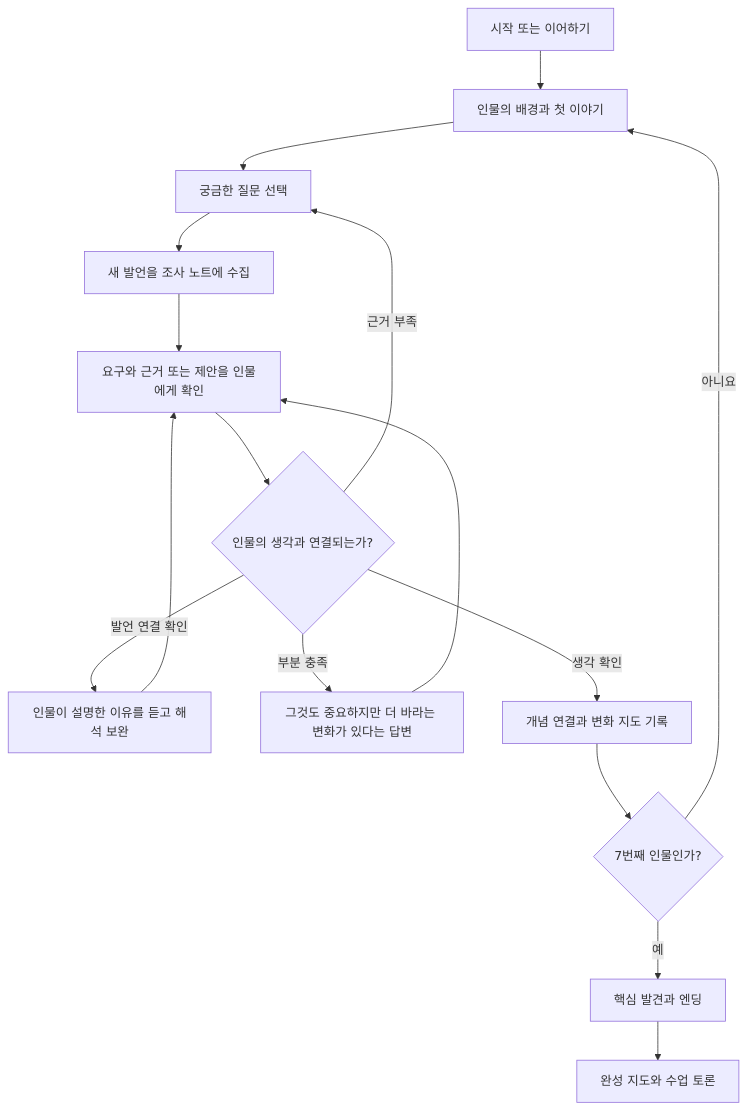
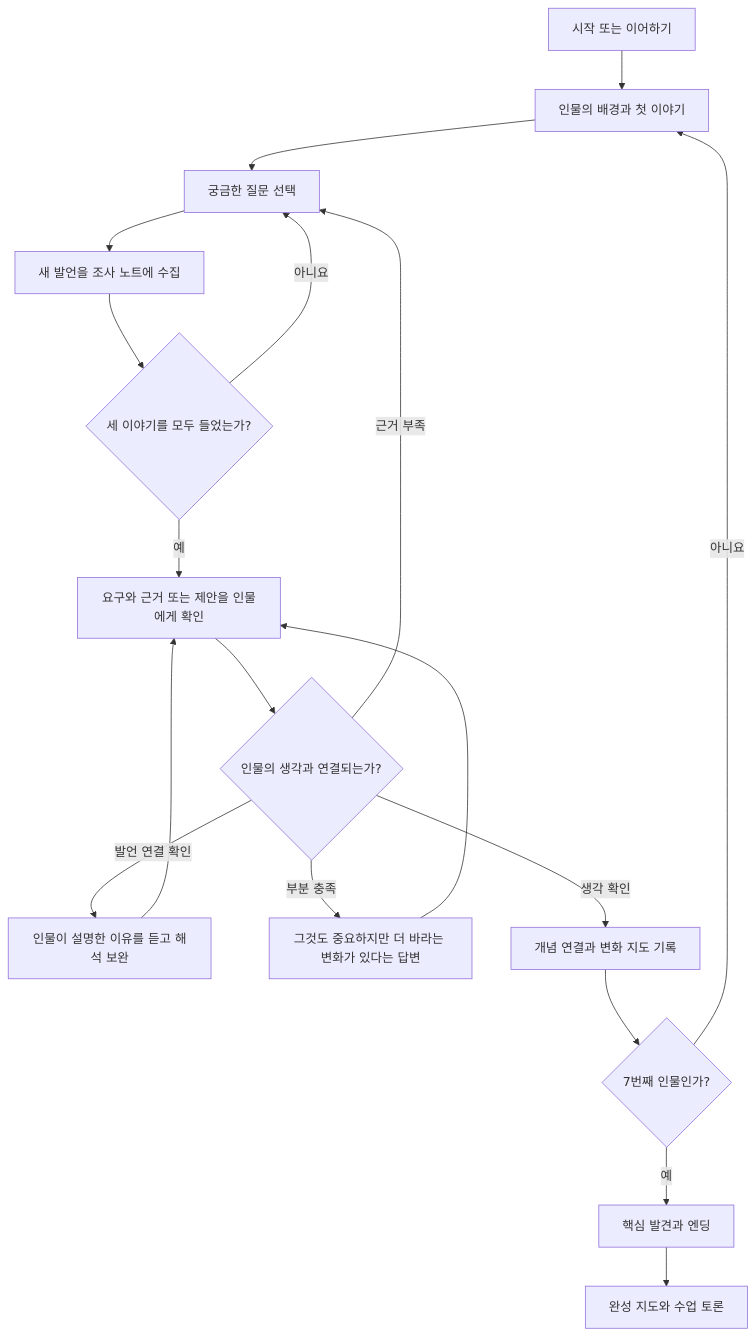
One commit to bon17/1919choice changed the first of 6 diagrams in docs/DIAGRAMS.md. Above: the diagram before and after it, drawn with Mermaid. The commit also changed other lines of this file and 9 other files, not shown here.

````diff
--- a/docs/DIAGRAMS.md
+++ b/docs/DIAGRAMS.md
@@ -7,18 +7,20 @@
 ```mermaid
 flowchart TD
     A[시작 또는 이어하기] --> B[인물의 배경과 첫 이야기]
     B --> C[궁금한 질문 선택]
     C --> D[새 발언을 조사 노트에 수집]
-    D --> E[요구와 근거 또는 제안을 인물에게 확인]
+    D --> R{세 이야기를 모두 들었는가?}
+    R -- 아니요 --> C
+    R -- 예 --> E[요구와 근거 또는 제안을 인물에게 확인]
     E --> F{인물의 생각과 연결되는가?}
     F -- 근거 부족 --> C
     F -- 발언 연결 확인 --> G[인물이 설명한 이유를 듣고 해석 보완]
     G --> E
     F -- 부분 충족 --> H[그것도 중요하지만 더 바라는 변화가 있다는 답변]
     H --> E
     F -- 생각 확인 --> I[개념 연결과 변화 지도 기록]
     I --> J{7번째 인물인가?}
     J -- 아니요 --> B
     J -- 예 --> K[핵심 발견과 엔딩]
     K --> L[완성 지도와 수업 토론]
 ```
````
